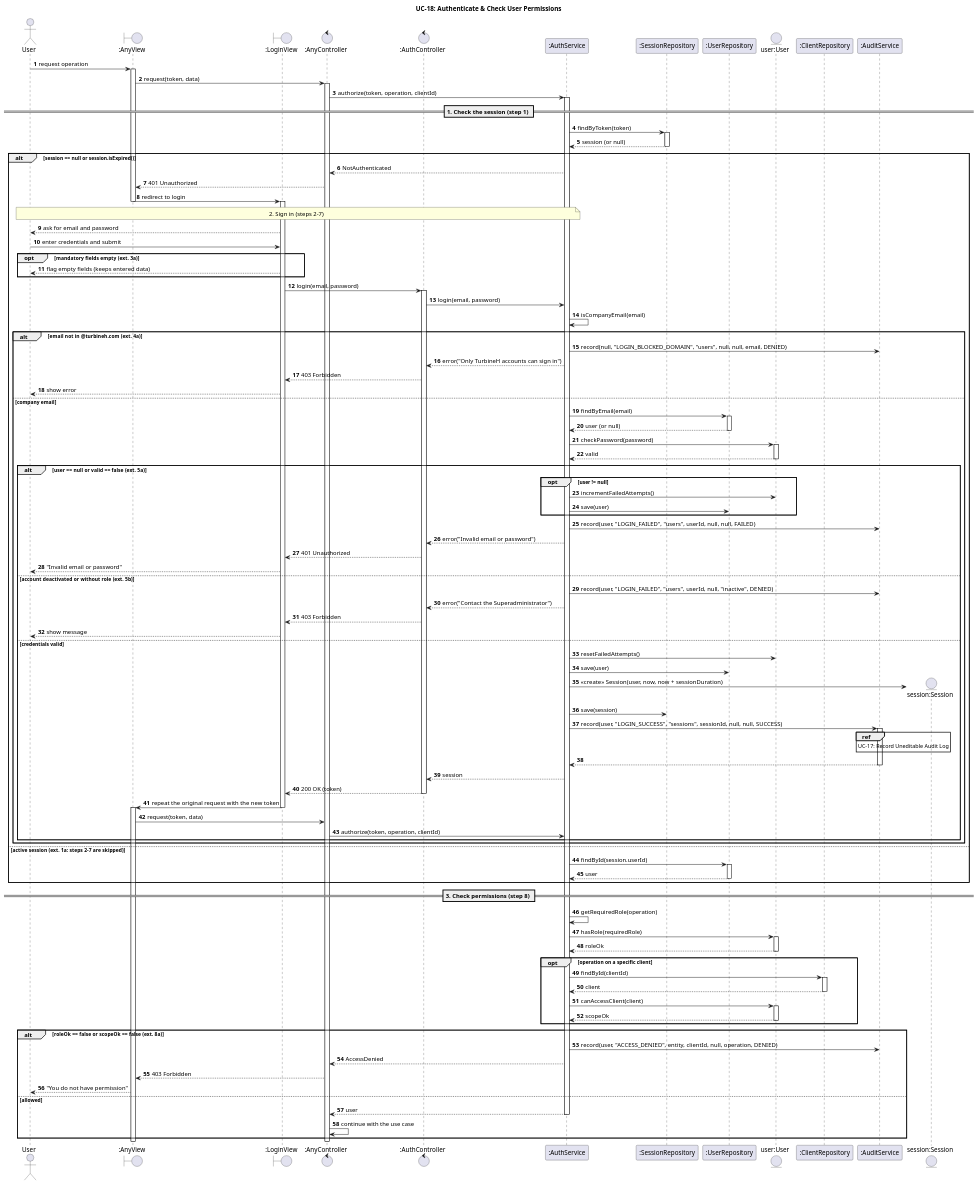
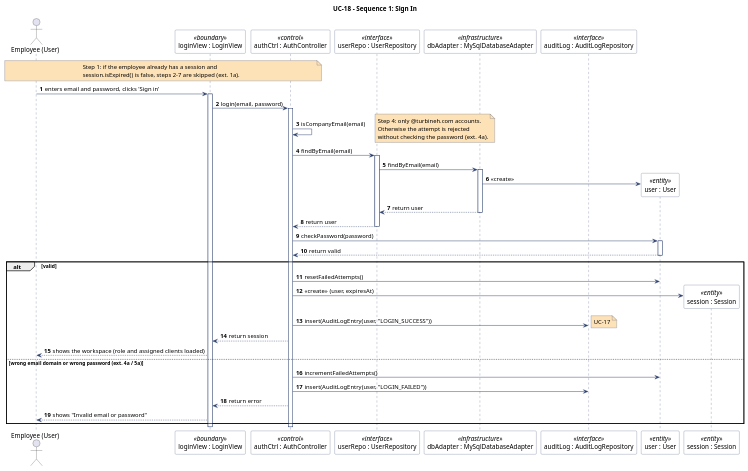
Before and after one commit to Navas05/ADA---Group-Project: the first of 2 diagrams in sequence_diagram_uc18.pu, drawn with PlantUML. The commit also changed other lines of this file and 6 other files, not shown here.

```diff
--- a/sequence_diagram_uc18.pu
+++ b/sequence_diagram_uc18.pu
@@ -1,159 +1,89 @@
-@startuml sequence_diagram_uc18
+@startuml sequence_diagram_uc18_1
 ' ============================================================
 '  TurbineH Invoicing & Subscription System
 '  UML Sequence Diagram - UC-18: Authenticate & Check User Permissions
 '  Submission 2 - Issue #22 / #33
-'  Included by every use case: <AnyController> is the controller
-'  of the use case that is being executed (e.g. InvoiceController).
+'  Two sequences (like the course example):
+'   Sequence 1 - Sign in (UC-18 steps 2-7)
+'   Sequence 2 - Check permissions (UC-18 step 8)
+'  Classes and methods: class_diagram.pu and
+'  class_diagram_application.pu
 ' ============================================================
 
 skinparam shadowing false
 skinparam sequenceMessageAlign left
+skinparam participant {
+    BackgroundColor #FFFFFF
+    BorderColor #2B3E6A
+}
+skinparam sequence {
+    ArrowColor #2B3E6A
+    LifeLineBorderColor #2B3E6A
+}
+skinparam note {
+    BackgroundColor #FDE2B8
+    BorderColor #2B3E6A
+}
 autonumber
 
-title UC-18: Authenticate & Check User Permissions
+title UC-18 - Sequence 1: Sign In
 
-actor User
-boundary ":AnyView" as View
-boundary ":LoginView" as LoginView
-control ":AnyController" as Ctrl
-control ":AuthController" as AuthCtrl
-participant ":AuthService" as Auth
-participant ":SessionRepository" as SessRepo
-participant ":UserRepository" as UserRepo
-entity "user:User" as U
-participant ":ClientRepository" as ClientRepo
-participant ":AuditService" as Audit
+actor "Employee (User)" as User
+participant "loginView : LoginView" as View <<boundary>>
+participant "authCtrl : AuthController" as Ctrl <<control>>
+participant "userRepo : UserRepository" as Repo <<interface>>
+participant "dbAdapter : MySqlDatabaseAdapter" as Db <<infrastructure>>
+participant "auditLog : AuditLogRepository" as Audit <<interface>>
 
-User -> View : request operation
+note over User, Ctrl
+  Step 1: if the employee already has a session and
+  session.isExpired() is false, steps 2-7 are skipped (ext. 1a).
+end note
+
+User -> View : enters email and password, clicks 'Sign in'
 activate View
-View -> Ctrl : request(token, data)
+View -> Ctrl : login(email, password)
 activate Ctrl
-Ctrl -> Auth : authorize(token, operation, clientId)
-activate Auth
 
-== 1. Check the session (step 1) ==
+Ctrl -> Ctrl : isCompanyEmail(email)
+note right
+  Step 4: only @turbineh.com accounts.
+  Otherwise the attempt is rejected
+  without checking the password (ext. 4a).
+end note
 
-Auth -> SessRepo : findByToken(token)
-activate SessRepo
-SessRepo --> Auth : session (or null)
-deactivate SessRepo
+Ctrl -> Repo : findByEmail(email)
+activate Repo
+Repo -> Db : findByEmail(email)
+activate Db
+create participant "user : User" as U <<entity>>
+Db -> U : <<create>>
+Db --> Repo : return user
+deactivate Db
+Repo --> Ctrl : return user
+deactivate Repo
 
-alt session == null or session.isExpired()
-  Auth --> Ctrl : NotAuthenticated
-  Ctrl --> View : 401 Unauthorized
-  View -> LoginView : redirect to login
-  deactivate View
-  activate LoginView
-
-  note over User, Auth : 2. Sign in (steps 2-7)
-
-  LoginView --> User : ask for email and password
-  User -> LoginView : enter credentials and submit
-
-  opt mandatory fields empty  (ext. 3a)
-    LoginView --> User : flag empty fields (keeps entered data)
-  end
-
-  LoginView -> AuthCtrl : login(email, password)
-  activate AuthCtrl
-  AuthCtrl -> Auth : login(email, password)
-
-  Auth -> Auth : isCompanyEmail(email)
-
-  alt email not in @turbineh.com  (ext. 4a)
-    Auth -> Audit : record(null, "LOGIN_BLOCKED_DOMAIN", "users", null, null, email, DENIED)
-    Auth --> AuthCtrl : error("Only TurbineH accounts can sign in")
-    AuthCtrl --> LoginView : 403 Forbidden
-    LoginView --> User : show error
-
-  else company email
-    Auth -> UserRepo : findByEmail(email)
-    activate UserRepo
-    UserRepo --> Auth : user (or null)
-    deactivate UserRepo
-
-    Auth -> U : checkPassword(password)
-    activate U
-    U --> Auth : valid
-    deactivate U
-
-    alt user == null or valid == false  (ext. 5a)
-      opt user != null
-        Auth -> U : incrementFailedAttempts()
-        Auth -> UserRepo : save(user)
-      end
-      Auth -> Audit : record(user, "LOGIN_FAILED", "users", userId, null, null, FAILED)
-      Auth --> AuthCtrl : error("Invalid email or password")
-      AuthCtrl --> LoginView : 401 Unauthorized
-      LoginView --> User : "Invalid email or password"
-
-    else account deactivated or without role  (ext. 5b)
-      Auth -> Audit : record(user, "LOGIN_FAILED", "users", userId, null, "inactive", DENIED)
-      Auth --> AuthCtrl : error("Contact the Superadministrator")
-      AuthCtrl --> LoginView : 403 Forbidden
-      LoginView --> User : show message
-
-    else credentials valid
-      Auth -> U : resetFailedAttempts()
-      Auth -> UserRepo : save(user)
-      create entity "session:Session" as S
-      Auth -> S : <<create>> Session(user, now, now + sessionDuration)
-      Auth -> SessRepo : save(session)
-      Auth -> Audit : record(user, "LOGIN_SUCCESS", "sessions", sessionId, null, null, SUCCESS)
-      activate Audit
-      ref over Audit : UC-17: Record Uneditable Audit Log
-      Audit --> Auth
-      deactivate Audit
-      Auth --> AuthCtrl : session
-      AuthCtrl --> LoginView : 200 OK (token)
-      deactivate AuthCtrl
-      LoginView -> View : repeat the original request with the new token
-      deactivate LoginView
-      activate View
-      View -> Ctrl : request(token, data)
-      Ctrl -> Auth : authorize(token, operation, clientId)
-    end
-  end
-
-else active session  (ext. 1a: steps 2-7 are skipped)
-  Auth -> UserRepo : findById(session.userId)
-  activate UserRepo
-  UserRepo --> Auth : user
-  deactivate UserRepo
-end
-
-== 3. Check permissions (step 8) ==
-
-Auth -> Auth : getRequiredRole(operation)
-Auth -> U : hasRole(requiredRole)
+Ctrl -> U : checkPassword(password)
 activate U
-U --> Auth : roleOk
+U --> Ctrl : return valid
 deactivate U
 
-opt operation on a specific client
-  Auth -> ClientRepo : findById(clientId)
-  activate ClientRepo
-  ClientRepo --> Auth : client
-  deactivate ClientRepo
-  Auth -> U : canAccessClient(client)
-  activate U
-  U --> Auth : scopeOk
-  deactivate U
-end
-
-alt roleOk == false or scopeOk == false  (ext. 8a)
-  Auth -> Audit : record(user, "ACCESS_DENIED", entity, clientId, null, operation, DENIED)
-  Auth --> Ctrl : AccessDenied
-  Ctrl --> View : 403 Forbidden
-  View --> User : "You do not have permission"
-else allowed
-  Auth --> Ctrl : user
-  deactivate Auth
-  Ctrl -> Ctrl : continue with the use case
+alt valid
+    Ctrl -> U : resetFailedAttempts()
+    create participant "session : Session" as S <<entity>>
+    Ctrl -> S : <<create>> (user, expiresAt)
+    Ctrl -> Audit : insert(AuditLogEntry(user, "LOGIN_SUCCESS"))
+    note right : UC-17
+    Ctrl --> View : return session
+    View --> User : shows the workspace (role and assigned clients loaded)
+else wrong email domain or wrong password (ext. 4a / 5a)
+    Ctrl -> U : incrementFailedAttempts()
+    Ctrl -> Audit : insert(AuditLogEntry(user, "LOGIN_FAILED"))
+    Ctrl --> View : return error
+    View --> User : shows "Invalid email or password"
 end
 
 deactivate Ctrl
 deactivate View
 
 @enduml
```
